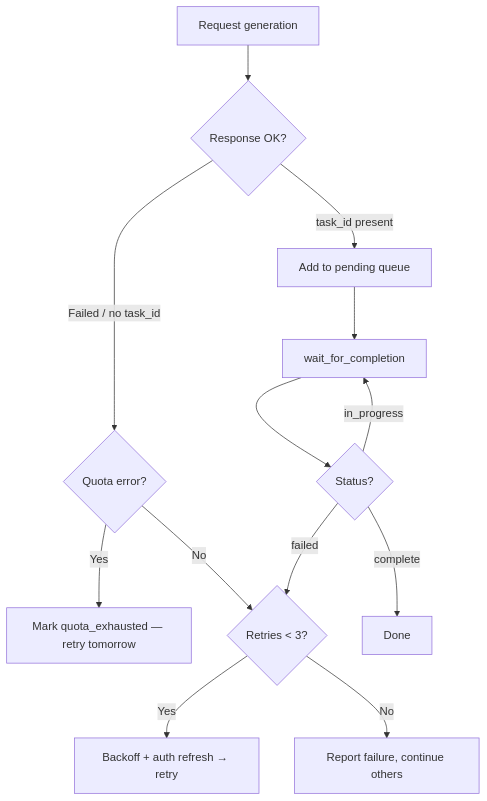
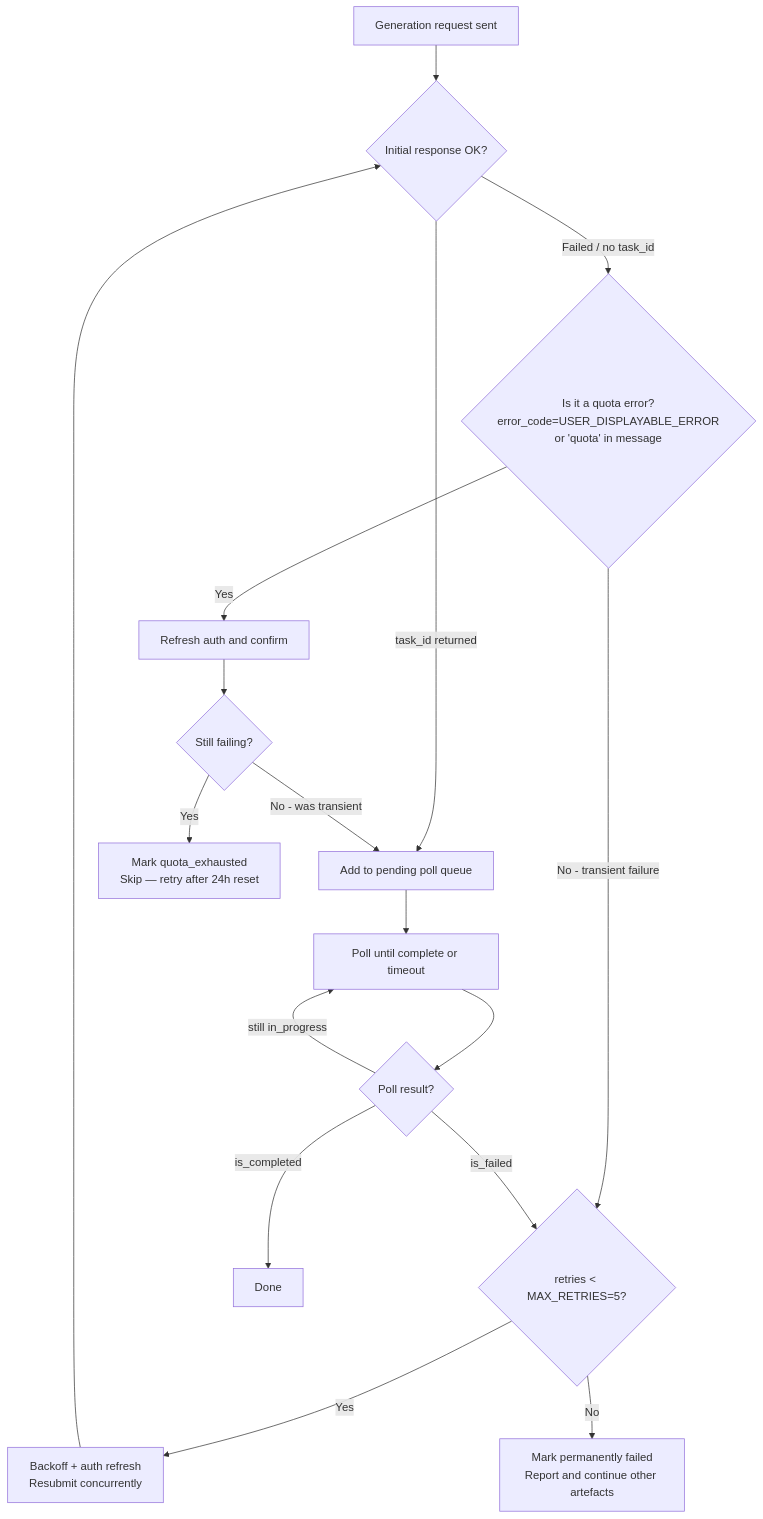
One commit to NetDevAutomate/notebooklm-repo-artefacts changed the first of 5 diagrams in docs/troubleshooting.md. Above: the diagram before and after it, drawn with Mermaid. The commit also changed other lines of this file and 9 other files, not shown here.

First line of the commit message:
docs: comprehensive documentation overhaul with C4 architecture and runbooks

````diff
--- a/docs/troubleshooting.md
+++ b/docs/troubleshooting.md
@@ -13,15 +33,19 @@
 ```mermaid
-graph TD
-    A[Request generation] --> B{Response OK?}
-    B -->|task_id present| C[Add to pending queue]
-    B -->|Failed / no task_id| D{Quota error?}
-    D -->|Yes| E[Mark quota_exhausted — retry tomorrow]
-    D -->|No| F{Retries < 3?}
-    F -->|Yes| G[Backoff + auth refresh → retry]
-    F -->|No| H[Report failure, continue others]
-    C --> I[wait_for_completion]
-    I --> J{Status?}
-    J -->|complete| K[Done]
-    J -->|failed| F
-    J -->|in_progress| I
+flowchart TD
+    A[Generation request sent] --> B{Initial response OK?}
+    B -->|task_id returned| C[Add to pending poll queue]
+    B -->|Failed / no task_id| D{Is it a quota error?\nerror_code=USER_DISPLAYABLE_ERROR\nor 'quota' in message}
+    D -->|Yes| E[Refresh auth and confirm]
+    E --> F{Still failing?}
+    F -->|Yes| G[Mark quota_exhausted\nSkip — retry after 24h reset]
+    F -->|No - was transient| C
+    D -->|No - transient failure| H{retries < MAX_RETRIES=5?}
+    H -->|Yes| I[Backoff + auth refresh\nResubmit concurrently]
+    I --> B
+    H -->|No| J[Mark permanently failed\nReport and continue other artefacts]
+    C --> K[Poll until complete or timeout]
+    K --> L{Poll result?}
+    L -->|is_completed| M[Done]
+    L -->|is_failed| H
+    L -->|still in_progress| K
 ```
````
